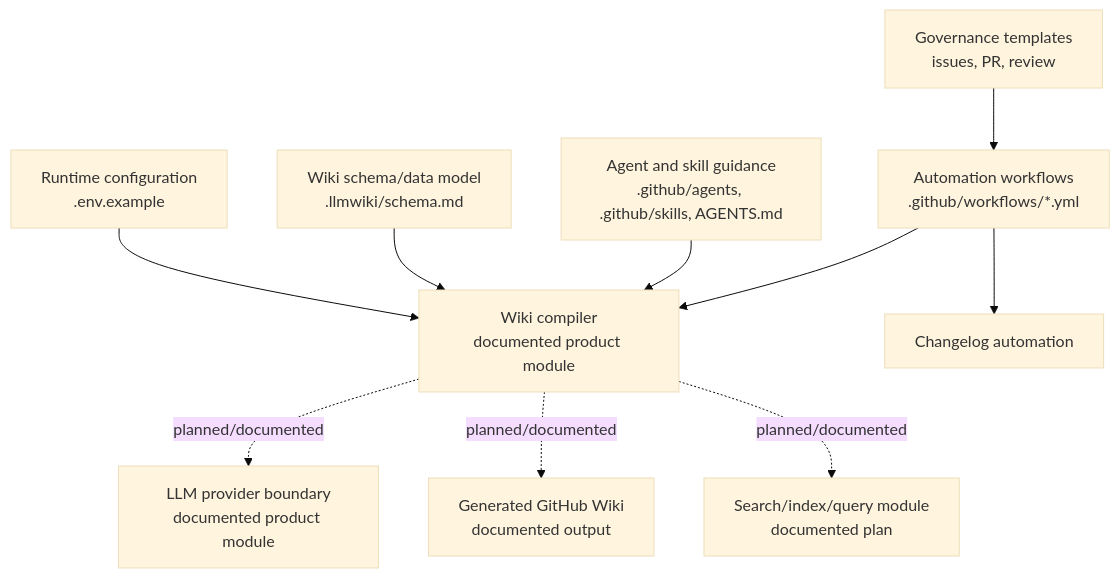
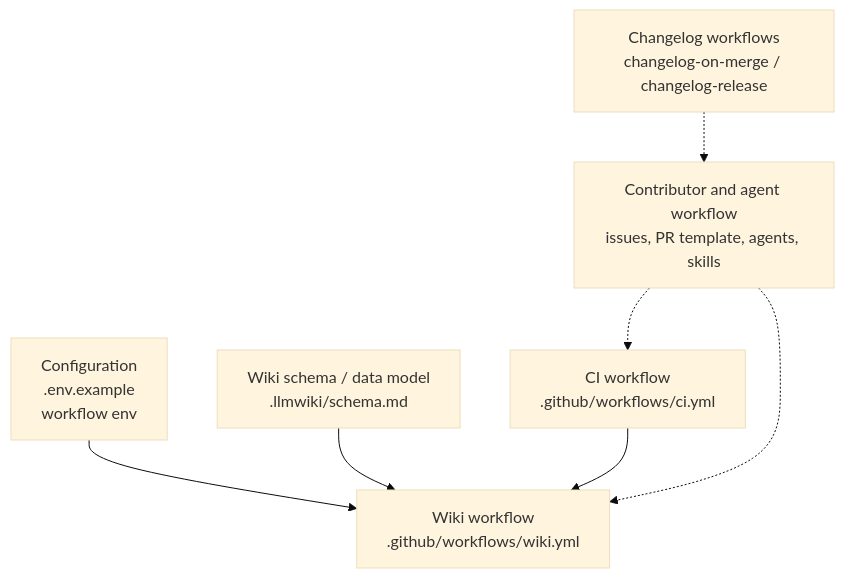
One commit to mfittko/repo-wiki changed the second of 3 diagrams in Architecture.md. Above: the diagram before and after it, drawn with Mermaid (base theme). The commit also changed other lines of this file and 43 other files, not shown here.

````diff
--- a/Architecture.md
+++ b/Architecture.md
@@ -160,25 +136,16 @@
 ```mermaid
 flowchart TB
-    Config["Runtime configuration<br/>.env.example"]
-    Schema["Wiki schema/data model<br/>.llmwiki/schema.md"]
-    Workflows["Automation workflows<br/>.github/workflows/*.yml"]
-    Governance["Governance templates<br/>issues, PR, review"]
-    Agents["Agent and skill guidance<br/>.github/agents, .github/skills, AGENTS.md"]
+    Config["Configuration<br/>.env.example<br/>workflow env"]
+    Schema["Wiki schema / data model<br/>.llmwiki/schema.md"]
+    WikiWorkflow["Wiki workflow<br/>.github/workflows/wiki.yml"]
+    CI["CI workflow<br/>.github/workflows/ci.yml"]
+    Changelog["Changelog workflows<br/>changelog-on-merge / changelog-release"]
+    ContributorOps["Contributor and agent workflow<br/>issues, PR template, agents, skills"]
 
-    Compiler["Wiki compiler<br/>documented product module"]
-    LLMBoundary["LLM provider boundary<br/>documented product module"]
-    WikiOutput["Generated GitHub Wiki<br/>documented output"]
-    Search["Search/index/query module<br/>documented plan"]
-    Changelog["Changelog automation"]
-
-    Config --> Compiler
-    Schema --> Compiler
-    Agents --> Compiler
-    Workflows --> Compiler
-    Workflows --> Changelog
-    Governance --> Workflows
-
-    Compiler -. planned/documented .-> LLMBoundary
-    Compiler -. planned/documented .-> WikiOutput
-    Compiler -. planned/documented .-> Search
+    Config --> WikiWorkflow
+    Schema --> WikiWorkflow
+    CI --> WikiWorkflow
+    ContributorOps -.-> CI
+    ContributorOps -.-> WikiWorkflow
+    Changelog -.-> ContributorOps
 ```
````
